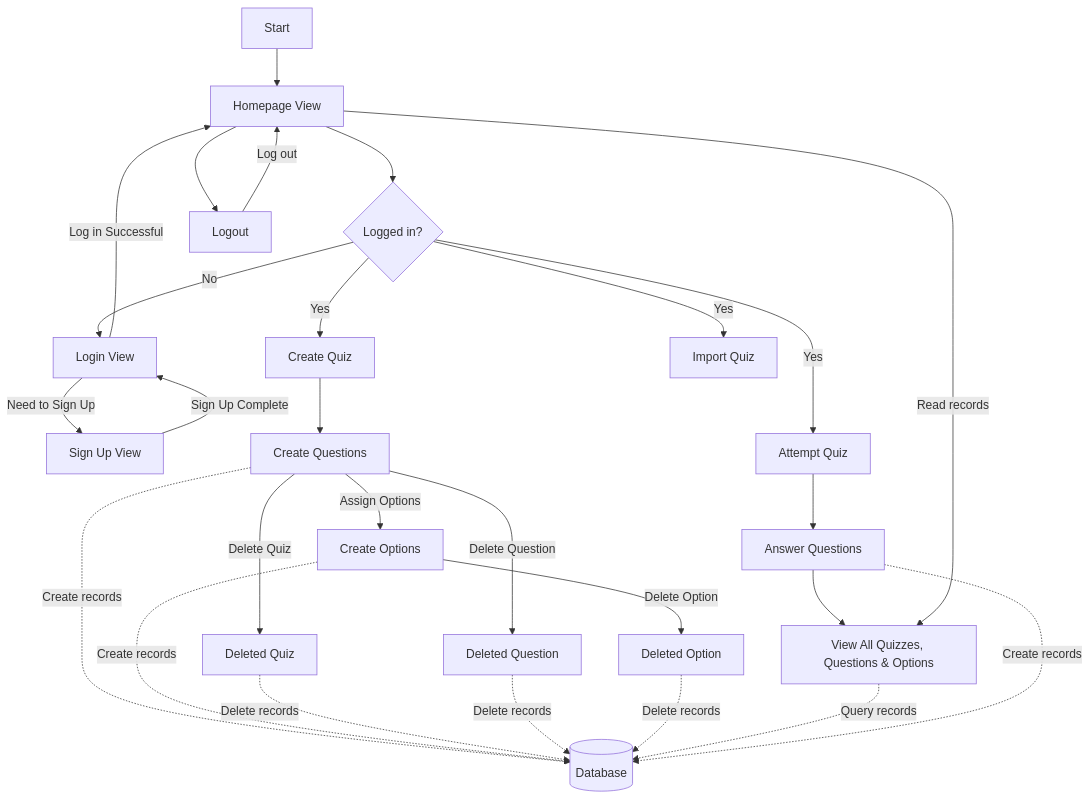
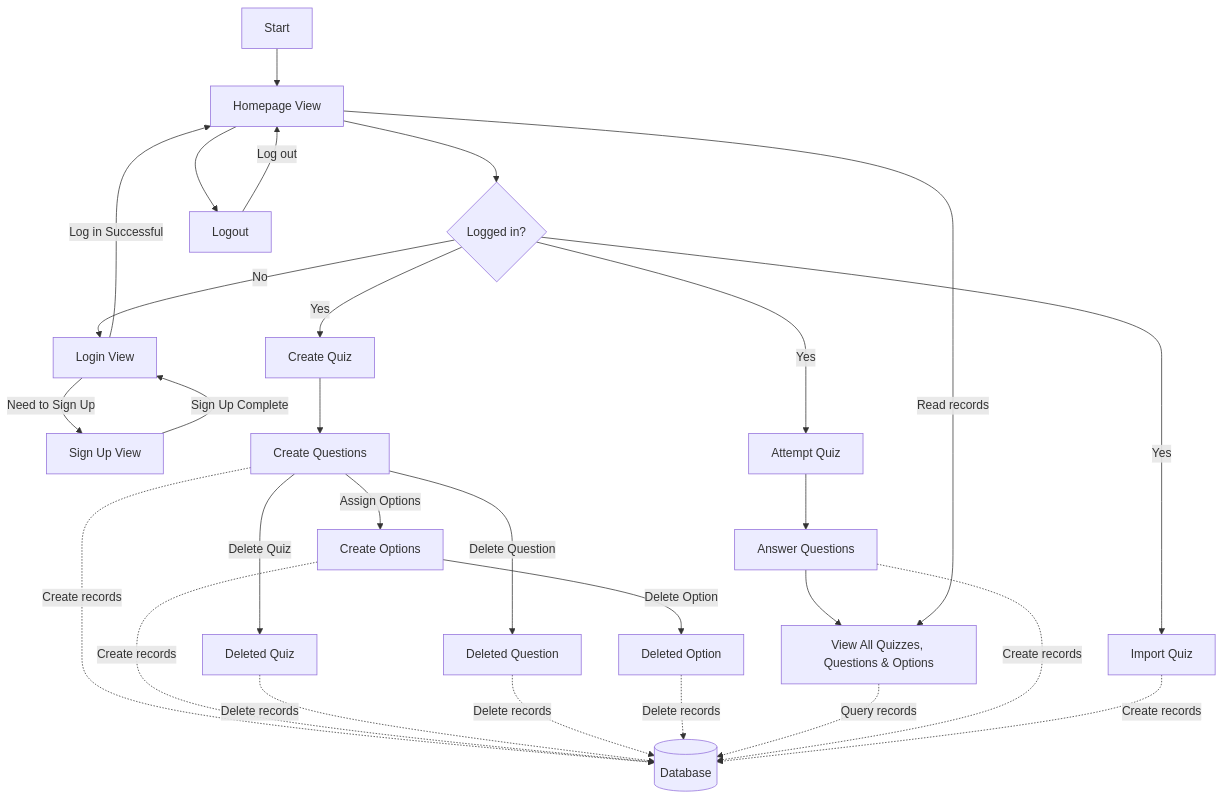
The first of 2 diagrams in README.md (KirsteenJ/COMP223-221-Final-Term-Project-Section-A-Quizzy), drawn with Mermaid before and after one commit. The commit also changed other lines of this file, not shown here.

````diff
--- a/README.md
+++ b/README.md
@@ -59,29 +59,30 @@
 ```mermaid
 flowchart TD
     A[Start] --> B[Homepage View]
     B --> C{Logged in?}
     C -- "No" --> E[Login View]
     E -- "Need to Sign Up" --> P[Sign Up View]
     P -- "Sign Up Complete" --> E
     B --> D[Logout]
     D --> |Log out| B
     E -- "Log in Successful" --> B
     C -- "Yes" --> F[Attempt Quiz]
     C -- "Yes" --> G[Create Quiz]
     C -- "Yes" --> H[Import Quiz]
     F --> I[Answer Questions]
     I --> J[Results View]
     G --> K[Create Questions]
     K -- "Assign Options" --> L[Create Options]
     K -.-> |Create records| DB[(Database)]
     L -.-> |Create records| DB
     K -- "Delete Quiz" --> M[Deleted Quiz]
     M -.-> |Delete records| DB
     K -- "Delete Question" --> N[Deleted Question]
     N -.-> |Delete records| DB
     L -- "Delete Option" --> O[Deleted Option]
     O -.-> |Delete records| DB
     B --> |Read records| J[View All Quizzes, Questions & Options]
     J -.-> |Query records| DB
     I -.-> |Create records| DB
+    H -.-> |Create records| DB
 ```
````
